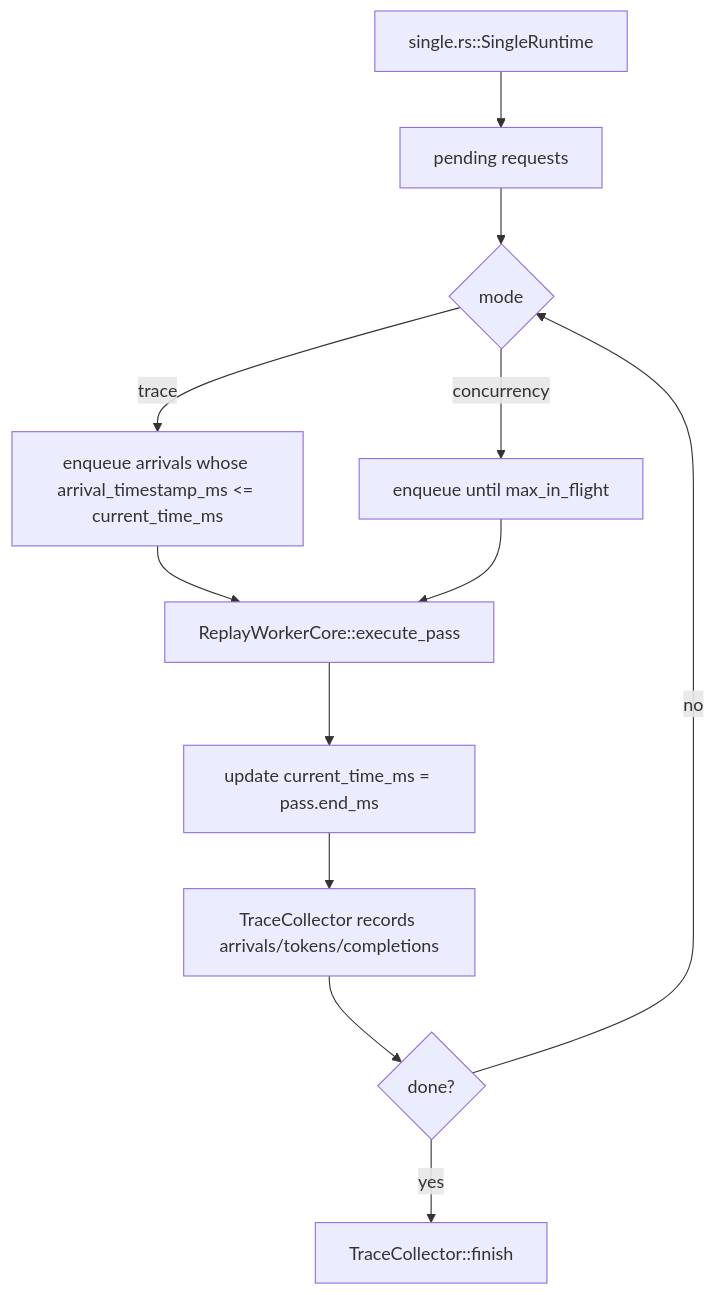
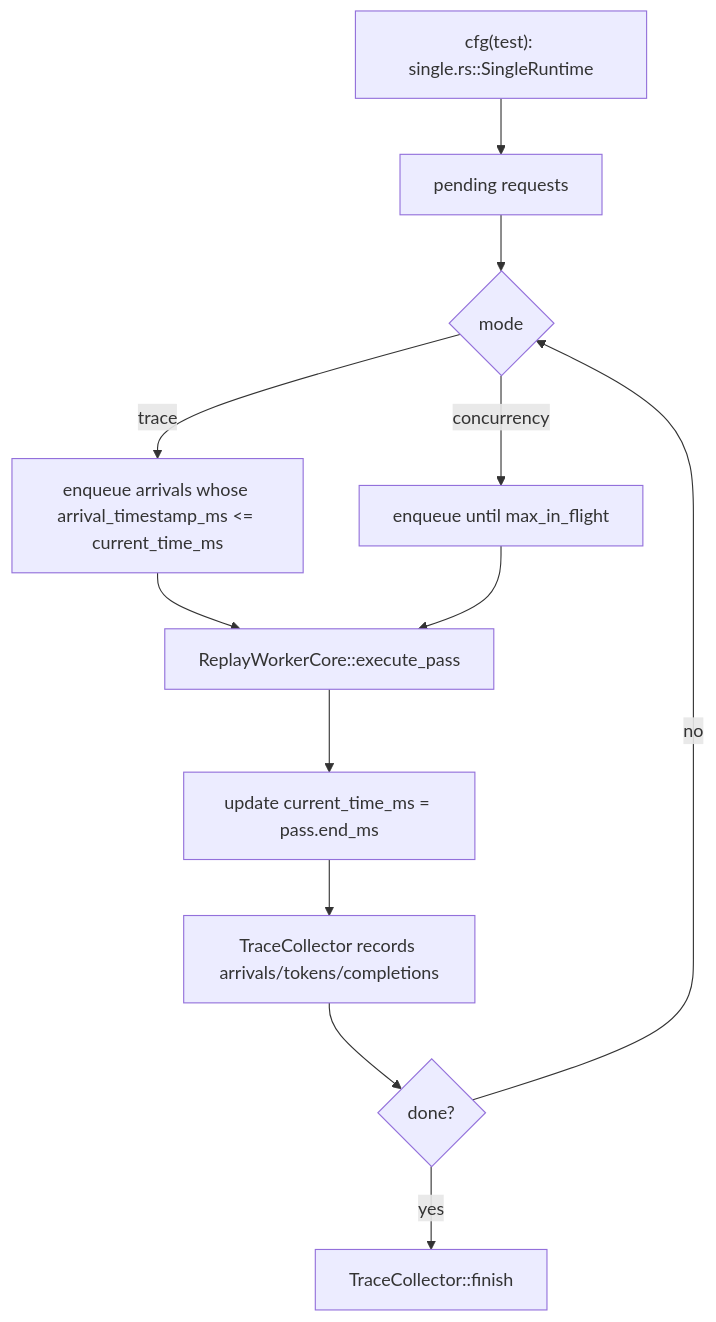
The first of 2 diagrams in lib/mocker/src/replay/offline/README.md (ai-dynamo/dynamo), drawn with Mermaid before and after one commit. The commit also changed other lines of this file, not shown here.

````diff
--- a/lib/mocker/src/replay/offline/README.md
+++ b/lib/mocker/src/replay/offline/README.md
@@ -68,14 +77,14 @@
 ```mermaid
 flowchart TD
-    A["single.rs::SingleRuntime"] --> B["pending requests"]
+    A["cfg(test): single.rs::SingleRuntime"] --> B["pending requests"]
     B --> C{"mode"}
     C -->|trace| D["enqueue arrivals whose arrival_timestamp_ms <= current_time_ms"]
     C -->|concurrency| E["enqueue until max_in_flight"]
     D --> F["ReplayWorkerCore::execute_pass"]
     E --> F
     F --> G["update current_time_ms = pass.end_ms"]
     G --> H["TraceCollector records arrivals/tokens/completions"]
     H --> I{"done?"}
     I -->|no| C
     I -->|yes| J["TraceCollector::finish"]
 ```
````
